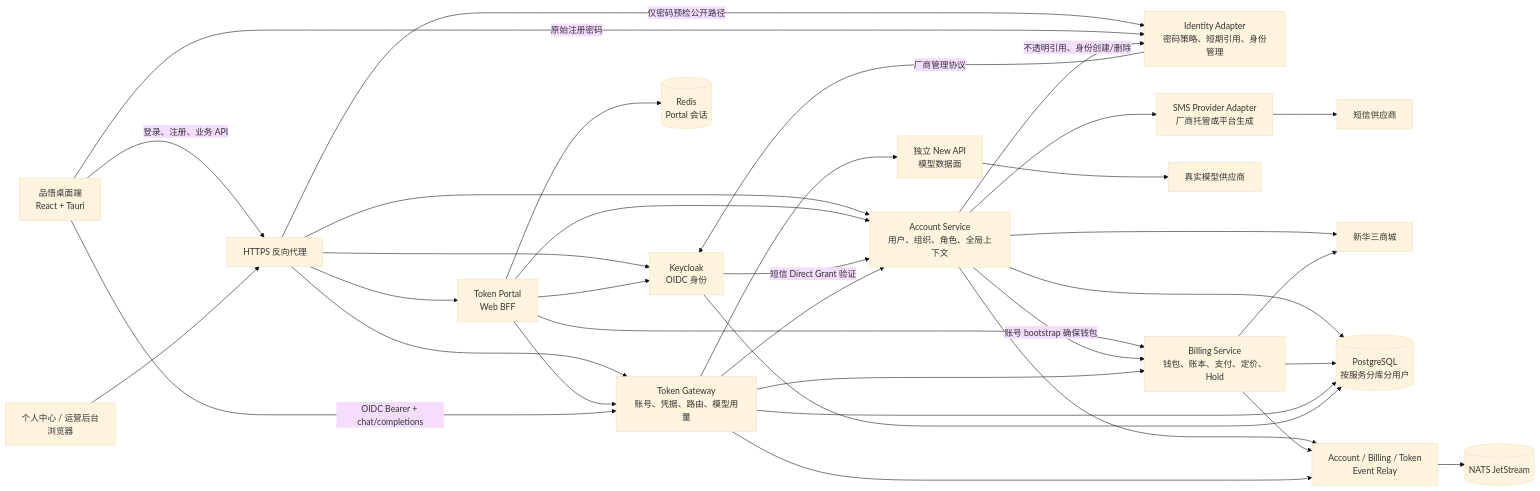
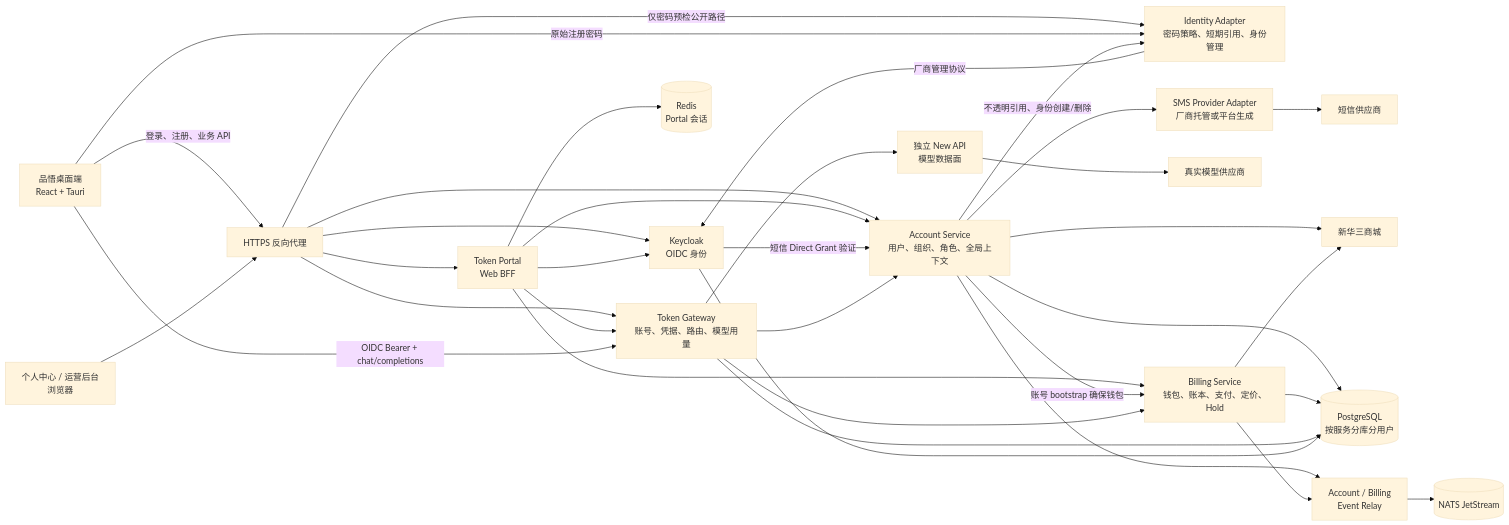
Before and after one commit to Pinvou/CodeWhale: the diagram in account-platform/docs/architecture.md, drawn with Mermaid (base theme). The commit also changed other lines of this file, not shown here.

Commit message:
docs(account): 如实披露 Token 本地事件与投递边界

````diff
--- a/account-platform/docs/architecture.md
+++ b/account-platform/docs/architecture.md
@@ -33,56 +33,55 @@
 ```mermaid
 flowchart LR
     Desktop["品悟桌面端\nReact + Tauri"]
     Browser["个人中心 / 运营后台\n浏览器"]
     Proxy["HTTPS 反向代理"]
     Portal["Token Portal\nWeb BFF"]
     KC["Keycloak\nOIDC 身份"]
     Identity["Identity Adapter\n密码策略、短期引用、身份管理"]
     Account["Account Service\n用户、组织、角色、全局上下文"]
     Billing["Billing Service\n钱包、账本、支付、定价、Hold"]
     Gateway["Token Gateway\n账号、凭据、路由、模型用量"]
     NewAPI["独立 New API\n模型数据面"]
     Provider["真实模型供应商"]
     SMS["SMS Provider Adapter\n厂商托管或平台生成"]
     Aliyun["短信供应商"]
     Mall["新华三商城"]
     PG[("PostgreSQL\n按服务分库分用户")]
     Redis[("Redis\nPortal 会话")]
     NATS[("NATS JetStream")]
-    Relays["Account / Billing / Token\nEvent Relay"]
+    Relays["Account / Billing\nEvent Relay"]
 
     Desktop -->|"登录、注册、业务 API"| Proxy
     Browser --> Proxy
     Proxy --> Portal
     Proxy --> KC
     Proxy -->|"仅密码预检公开路径"| Identity
     Proxy --> Account
     Proxy --> Gateway
     Portal --> KC
     Portal --> Account
     Portal --> Billing
     Portal --> Gateway
     Desktop -->|"OIDC Bearer + chat/completions"| Gateway
     Desktop -->|"原始注册密码"| Identity
     Account -->|"不透明引用、身份创建/删除"| Identity
     Identity -->|"厂商管理协议"| KC
     KC -->|"短信 Direct Grant 验证"| Account
     Account --> SMS
     SMS --> Aliyun
     Account --> Mall
     Account -->|"账号 bootstrap 确保钱包"| Billing
     Gateway --> Account
     Gateway --> Billing
     Gateway --> NewAPI
     NewAPI --> Provider
     Billing --> Mall
     Account --> PG
     Billing --> PG
     Gateway --> PG
     KC --> PG
     Portal --> Redis
     Account --> Relays
     Billing --> Relays
-    Gateway --> Relays
     Relays --> NATS
 ```
````
